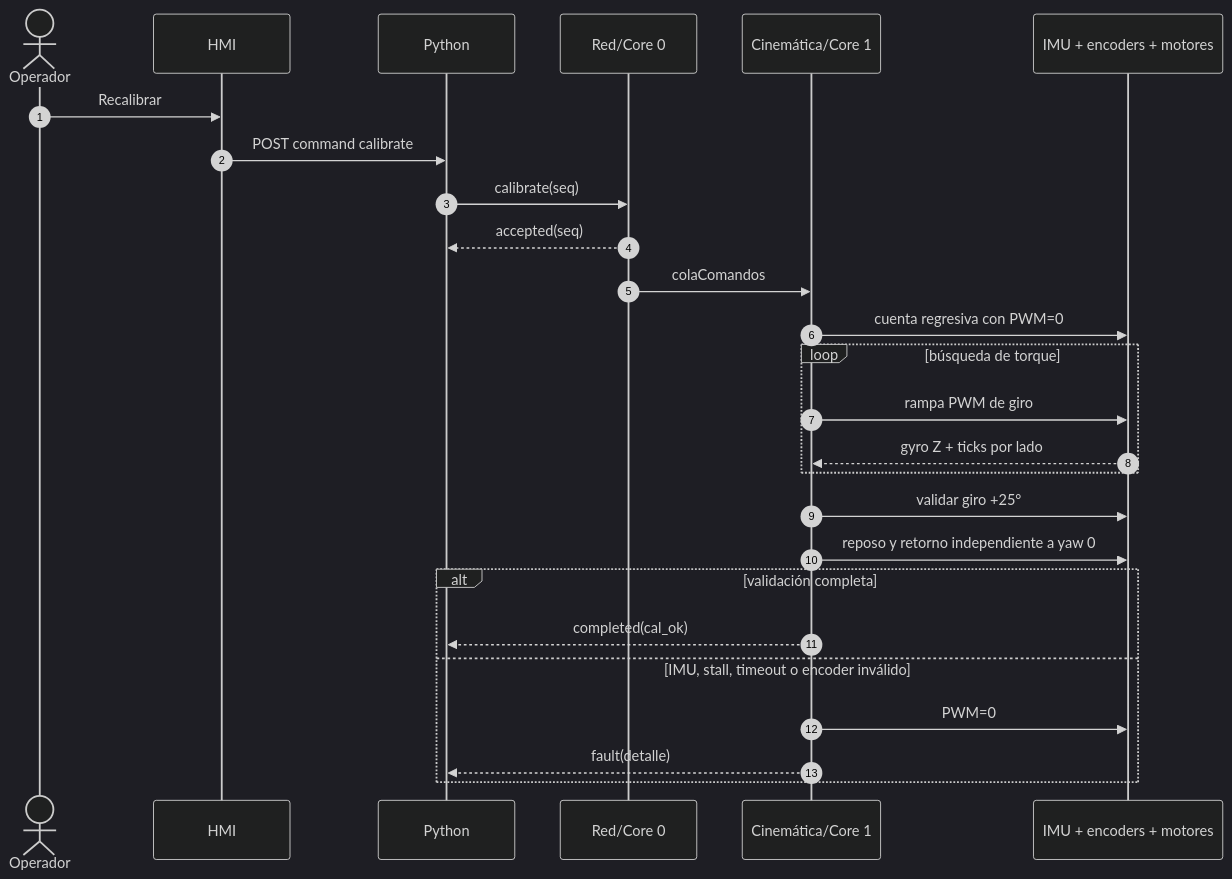
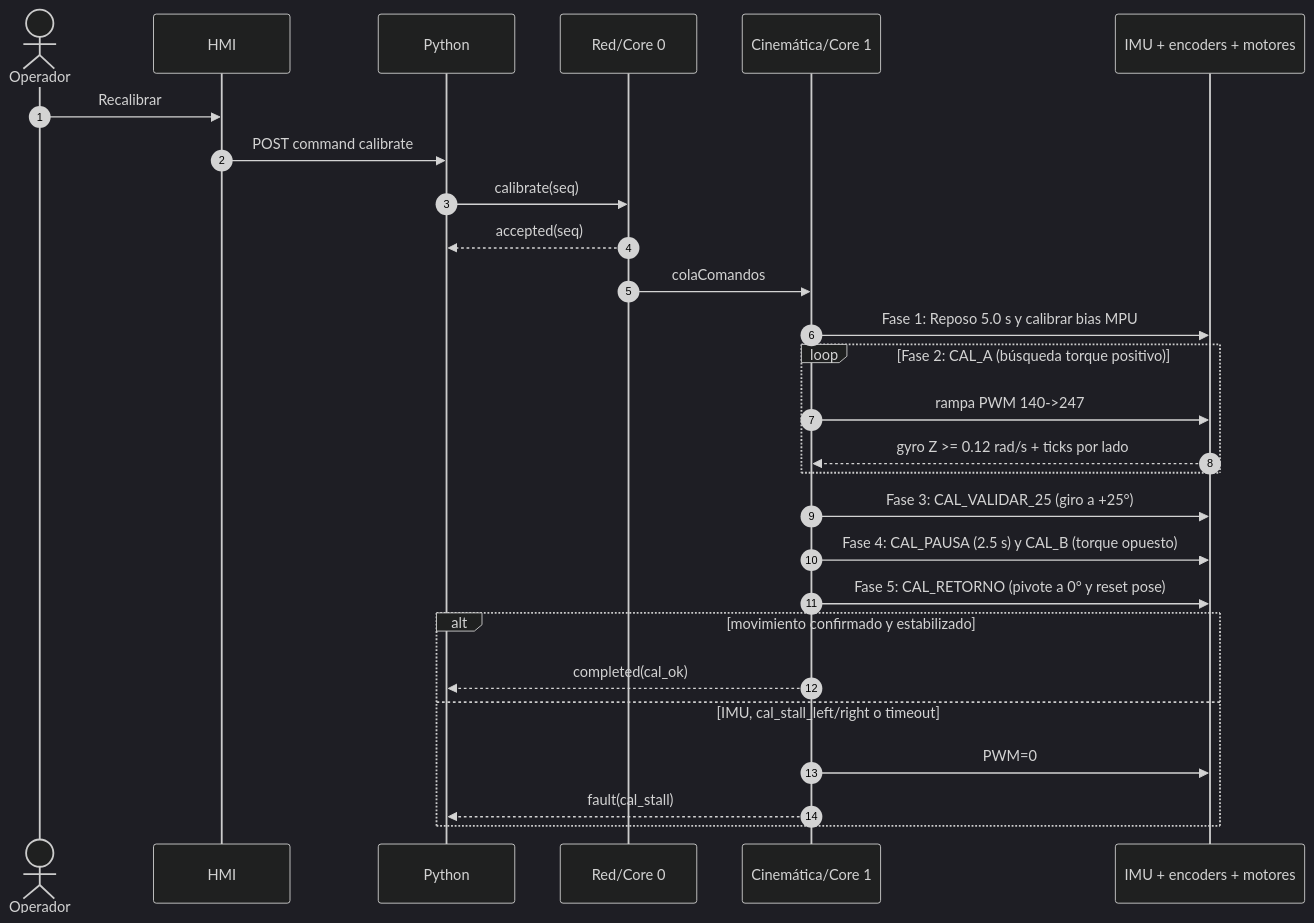
Before and after one commit to RubenAndresGome/carroTest3-For-Esp32-s3-wroom: the sixth of 19 diagrams in DIAGRAMA_SISTEMA_GENERAL.md, drawn with Mermaid (dark theme). The commit also changed other lines of this file and 369 other files, not shown here.

````diff
--- a/DIAGRAMA_SISTEMA_GENERAL.md
+++ b/DIAGRAMA_SISTEMA_GENERAL.md
@@ -177,29 +222,30 @@
 ```mermaid
 sequenceDiagram
     autonumber
     actor O as Operador
     participant H as HMI
     participant P as Python
     participant R as Red/Core 0
     participant C as Cinemática/Core 1
     participant HW as IMU + encoders + motores
 
     O->>H: Recalibrar
     H->>P: POST command calibrate
     P->>R: calibrate(seq)
     R-->>P: accepted(seq)
     R->>C: colaComandos
-    C->>HW: cuenta regresiva con PWM=0
-    loop búsqueda de torque
-        C->>HW: rampa PWM de giro
-        HW-->>C: gyro Z + ticks por lado
+    C->>HW: Fase 1: Reposo 5.0 s y calibrar bias MPU
+    loop Fase 2: CAL_A (búsqueda torque positivo)
+        C->>HW: rampa PWM 140->247
+        HW-->>C: gyro Z >= 0.12 rad/s + ticks por lado
     end
-    C->>HW: validar giro +25°
-    C->>HW: reposo y retorno independiente a yaw 0
-    alt validación completa
+    C->>HW: Fase 3: CAL_VALIDAR_25 (giro a +25°)
+    C->>HW: Fase 4: CAL_PAUSA (2.5 s) y CAL_B (torque opuesto)
+    C->>HW: Fase 5: CAL_RETORNO (pivote a 0° y reset pose)
+    alt movimiento confirmado y estabilizado
         C-->>P: completed(cal_ok)
-    else IMU, stall, timeout o encoder inválido
+    else IMU, cal_stall_left/right o timeout
         C->>HW: PWM=0
-        C-->>P: fault(detalle)
+        C-->>P: fault(cal_stall)
     end
 ```
````
